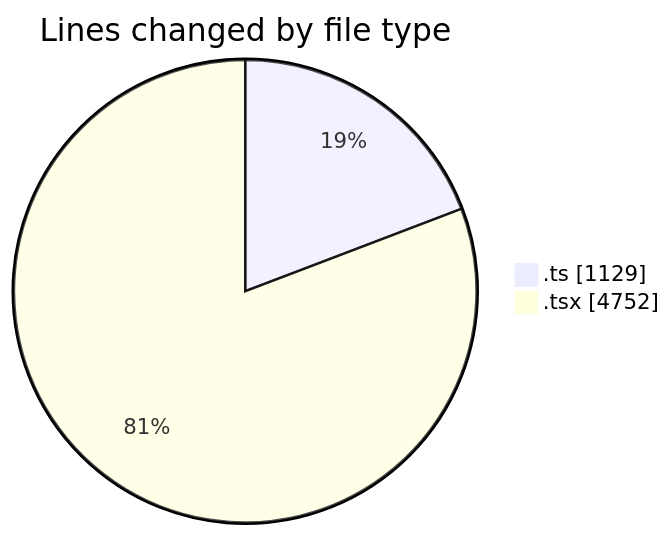
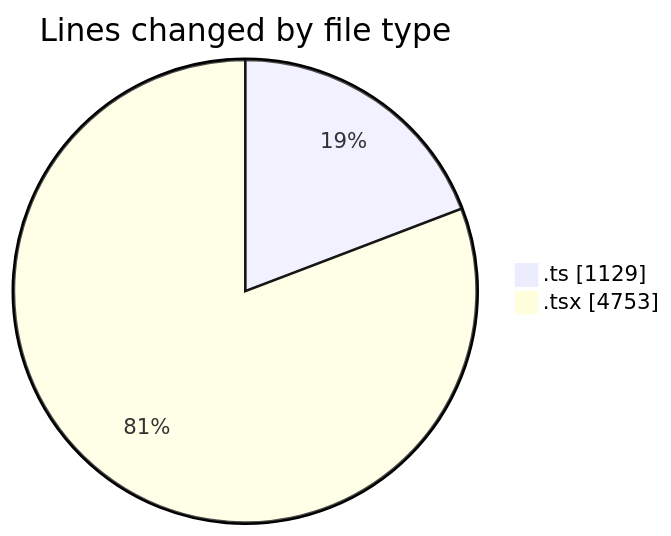
The first of 2 diagrams in 2025-09-02/cda/README.md (momahboobian/code-tracking), drawn with Mermaid before and after one commit. The commit also changed other lines of this file and 1 other file, not shown here.

````diff
--- a/2025-09-02/cda/README.md
+++ b/2025-09-02/cda/README.md
@@ -30,6 +30,6 @@
 ```mermaid
 pie showData
 title Lines changed by file type
 ".ts" : 1129
-".tsx" : 4752
+".tsx" : 4753
 ```
````
